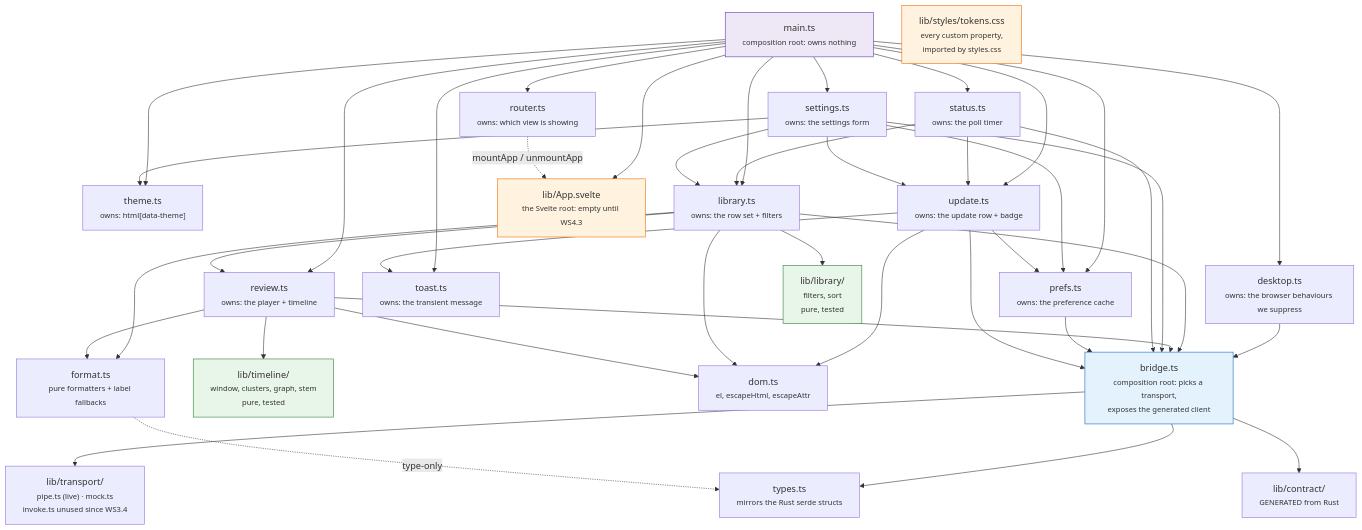
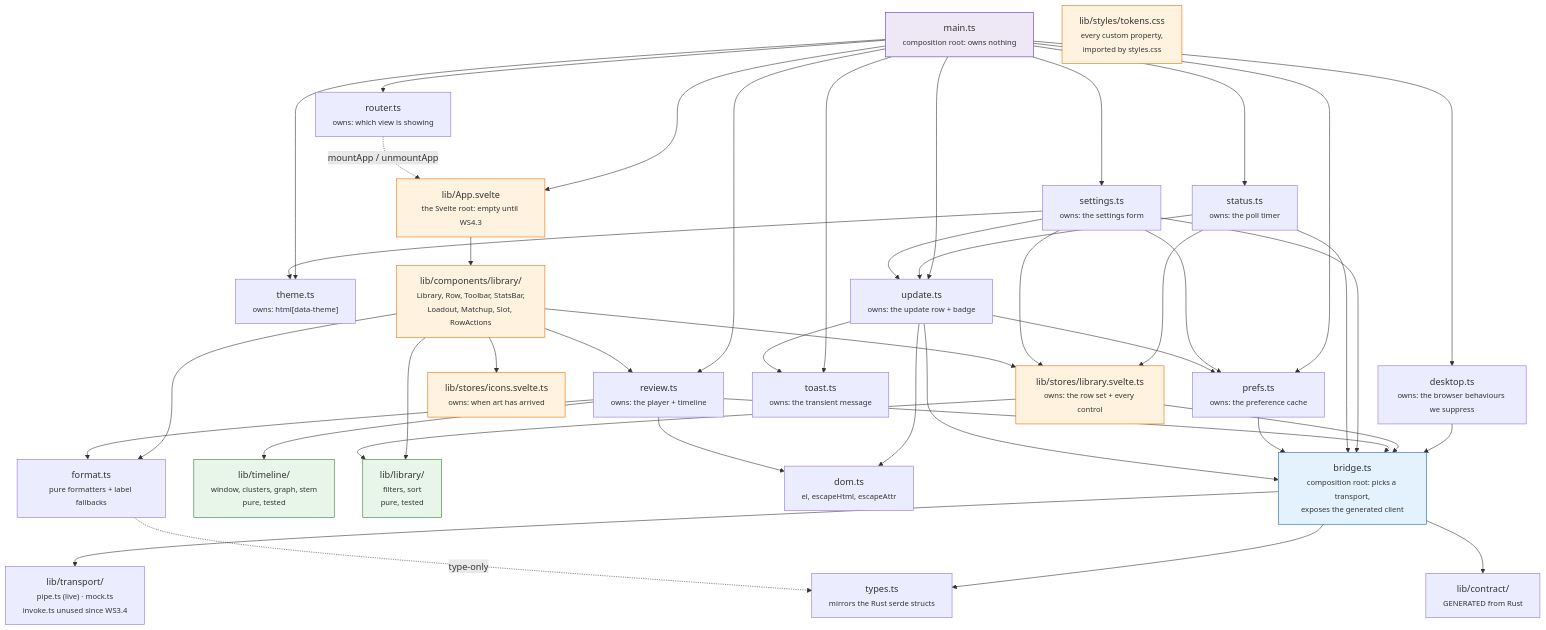
Before and after one commit to NinjaGoldfinch/ninja-recorder: the first of 4 diagrams in docs/frontend.md, drawn with Mermaid. The commit also changed other lines of this file and 31 other files, not shown here.

````diff
--- a/docs/frontend.md
+++ b/docs/frontend.md
@@ -18,70 +17,77 @@
 ```mermaid
 flowchart TB
     MAIN["main.ts<br/><small>composition root: owns nothing</small>"]
     ROUTER["router.ts<br/><small>owns: which view is showing</small>"]
     THEME["theme.ts<br/><small>owns: html[data-theme]</small>"]
     PREFS["prefs.ts<br/><small>owns: the preference cache</small>"]
     STATUS["status.ts<br/><small>owns: the poll timer</small>"]
-    LIB["library.ts<br/><small>owns: the row set + filters</small>"]
+    LIBV["lib/components/library/<br/><small>Library, Row, Toolbar, StatsBar,<br/>Loadout, Matchup, Slot, RowActions</small>"]
+    LIBS["lib/stores/library.svelte.ts<br/><small>owns: the row set + every control</small>"]
+    ICONS["lib/stores/icons.svelte.ts<br/><small>owns: when art has arrived</small>"]
     REVIEW["review.ts<br/><small>owns: the player + timeline</small>"]
     SETTINGS["settings.ts<br/><small>owns: the settings form</small>"]
     TOAST["toast.ts<br/><small>owns: the transient message</small>"]
     UPDATE["update.ts<br/><small>owns: the update row + badge</small>"]
     DESK["desktop.ts<br/><small>owns: the browser behaviours we suppress</small>"]
     BRIDGE["bridge.ts<br/><small>composition root: picks a transport,<br/>exposes the generated client</small>"]
     TRANSPORT["lib/transport/<br/><small>pipe.ts (live) · mock.ts<br/>invoke.ts unused since WS3.4</small>"]
     CONTRACT["lib/contract/<br/><small>GENERATED from Rust</small>"]
     BRIDGE --> TRANSPORT
     BRIDGE --> CONTRACT
     APP["lib/App.svelte<br/><small>the Svelte root: empty until WS4.3</small>"]
     TOKENS["lib/styles/tokens.css<br/><small>every custom property,<br/>imported by styles.css</small>"]
     TL["lib/timeline/<br/><small>window, clusters, graph, stem<br/>pure, tested</small>"]
     LIBP["lib/library/<br/><small>filters, sort<br/>pure, tested</small>"]
     DOM["dom.ts<br/><small>el, escapeHtml, escapeAttr</small>"]
     FMT["format.ts<br/><small>pure formatters + label fallbacks</small>"]
     TYPES["types.ts<br/><small>mirrors the Rust serde structs</small>"]
 
     MAIN --> ROUTER
     MAIN --> APP
     ROUTER -.->|"mountApp / unmountApp"| APP
     MAIN --> THEME
     MAIN --> PREFS
     MAIN --> STATUS
-    MAIN --> LIB
     MAIN --> REVIEW
     MAIN --> SETTINGS
     MAIN --> TOAST
     MAIN --> UPDATE
     MAIN --> DESK
     DESK --> BRIDGE
-    STATUS --> LIB
+    STATUS --> LIBS
     STATUS --> UPDATE
-    SETTINGS --> LIB
+    SETTINGS --> LIBS
     SETTINGS --> THEME
     SETTINGS --> PREFS
-    LIB --> REVIEW
-    LIB --> BRIDGE
+    LIBV --> REVIEW
+    LIBS --> BRIDGE
     REVIEW --> BRIDGE
     SETTINGS --> BRIDGE
     STATUS --> BRIDGE
     PREFS --> BRIDGE
     UPDATE --> BRIDGE
     UPDATE --> TOAST
     UPDATE --> DOM
     UPDATE --> PREFS
     SETTINGS --> UPDATE
-    LIB --> LIBP
+    LIBV --> LIBP
+    LIBS --> LIBP
+    LIBV --> LIBS
+    LIBV --> ICONS
+    APP --> LIBV
     REVIEW --> TL
-    LIB --> FMT
+    LIBV --> FMT
     REVIEW --> FMT
-    LIB --> DOM
     REVIEW --> DOM
     BRIDGE --> TYPES
     FMT -.->|"type-only"| TYPES
     style MAIN fill:#ede7f6,stroke:#5e35b1
     style BRIDGE fill:#e3f2fd,stroke:#1565c0
     style APP fill:#fff3e0,stroke:#ef6c00
     style TOKENS fill:#fff3e0,stroke:#ef6c00
+    style LIBV fill:#fff3e0,stroke:#ef6c00
+    style LIBS fill:#fff3e0,stroke:#ef6c00
+    style ICONS fill:#fff3e0,stroke:#ef6c00
     style TL fill:#e8f5e9,stroke:#2e7d32
     style LIBP fill:#e8f5e9,stroke:#2e7d32
 ```
````
